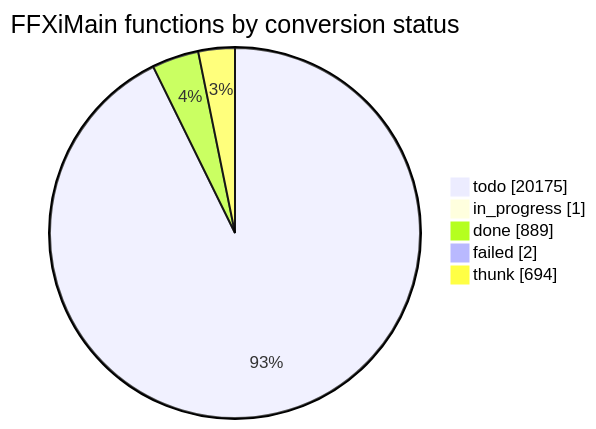
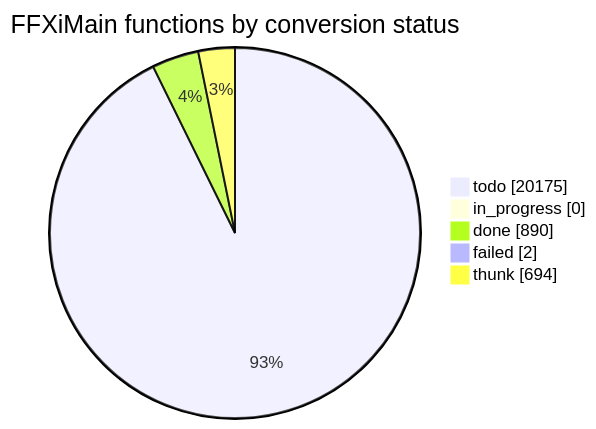
Before and after one commit to cowrevenge/cow_kuluu_xi_anything: the diagram in docs/cow/STATUS.md, drawn with Mermaid. The commit also changed other lines of this file and 9 other files, not shown here.

````diff
--- a/docs/cow/STATUS.md
+++ b/docs/cow/STATUS.md
@@ -18,9 +18,9 @@
 ```mermaid
 pie showData
     title FFXiMain functions by conversion status
     "todo" : 20175
-    "in_progress" : 1
-    "done" : 889
+    "in_progress" : 0
+    "done" : 890
     "failed" : 2
     "thunk" : 694
 ```
````
